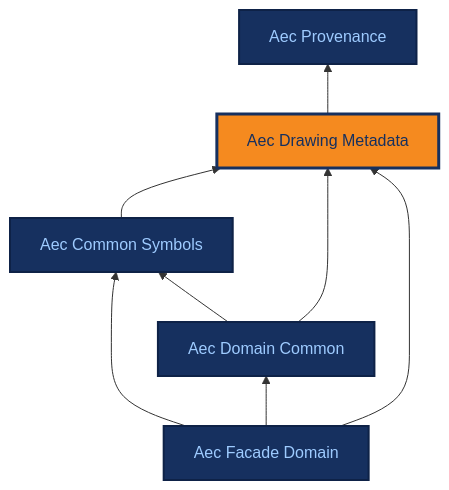
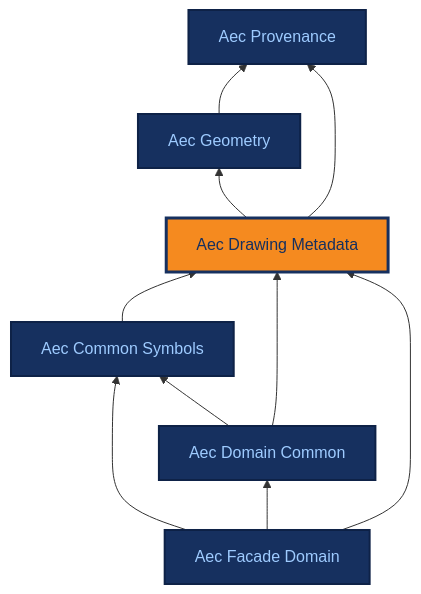
The diagram in docs/ontologies/aec_drawing_metadata.md (BuroHappoldMachineLearning/ADIRO), drawn with Mermaid before and after one commit. The commit also changed other lines of this file and 24 other files, not shown here.

First line of the commit message:
feat(aec_geometry): new module - provenance-bearing BoundingBox + CoordinateFrame (#90)

````diff
--- a/docs/ontologies/aec_drawing_metadata.md
+++ b/docs/ontologies/aec_drawing_metadata.md
@@ -17,25 +17,29 @@
 ```mermaid
 %%{init: {"themeCSS": ".base .nodeLabel,.base .nodeLabel p,.base text,.base tspan{fill:#9ecbff !important;color:#9ecbff !important}.current .nodeLabel,.current .nodeLabel p,.current text,.current tspan{fill:#16305f !important;color:#16305f !important}"} }%%
 graph BT
     aec_provenance["Aec Provenance"]
+    aec_geometry["Aec Geometry"]
     aec_drawing_metadata["Aec Drawing Metadata"]
     aec_common_symbols["Aec Common Symbols"]
     aec_domain_common["Aec Domain Common"]
     aec_facade_domain["Aec Facade Domain"]
+    aec_geometry --> aec_provenance
+    aec_drawing_metadata --> aec_geometry
     aec_drawing_metadata --> aec_provenance
     aec_common_symbols --> aec_drawing_metadata
     aec_domain_common --> aec_common_symbols
     aec_domain_common --> aec_drawing_metadata
     aec_facade_domain --> aec_common_symbols
     aec_facade_domain --> aec_domain_common
     aec_facade_domain --> aec_drawing_metadata
     click aec_provenance "../aec_provenance/" "Aec Provenance reference page"
+    click aec_geometry "../aec_geometry/" "Aec Geometry reference page"
     click aec_drawing_metadata "../aec_drawing_metadata/" "Aec Drawing Metadata reference page"
     click aec_common_symbols "../aec_common_symbols/" "Aec Common Symbols reference page"
     click aec_domain_common "../aec_domain_common/" "Aec Domain Common reference page"
     click aec_facade_domain "../aec_facade_domain/" "Aec Facade Domain reference page"
     classDef base fill:#16305f,stroke:#0e2247,stroke-width:2px,color:#9ecbff;
-    class aec_provenance,aec_common_symbols,aec_domain_common,aec_facade_domain base;
+    class aec_provenance,aec_geometry,aec_common_symbols,aec_domain_common,aec_facade_domain base;
     classDef current fill:#f58a1f,stroke:#16305f,stroke-width:3px,color:#16305f;
     class aec_drawing_metadata current;
 ```
````
